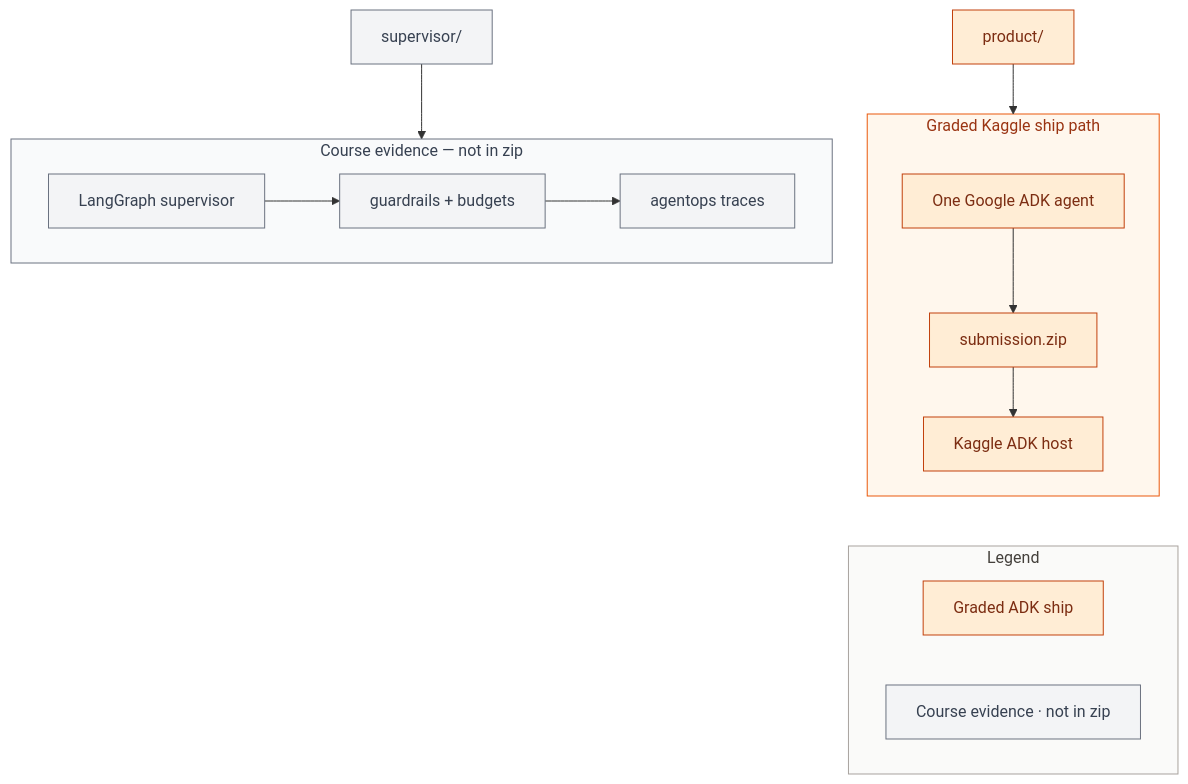
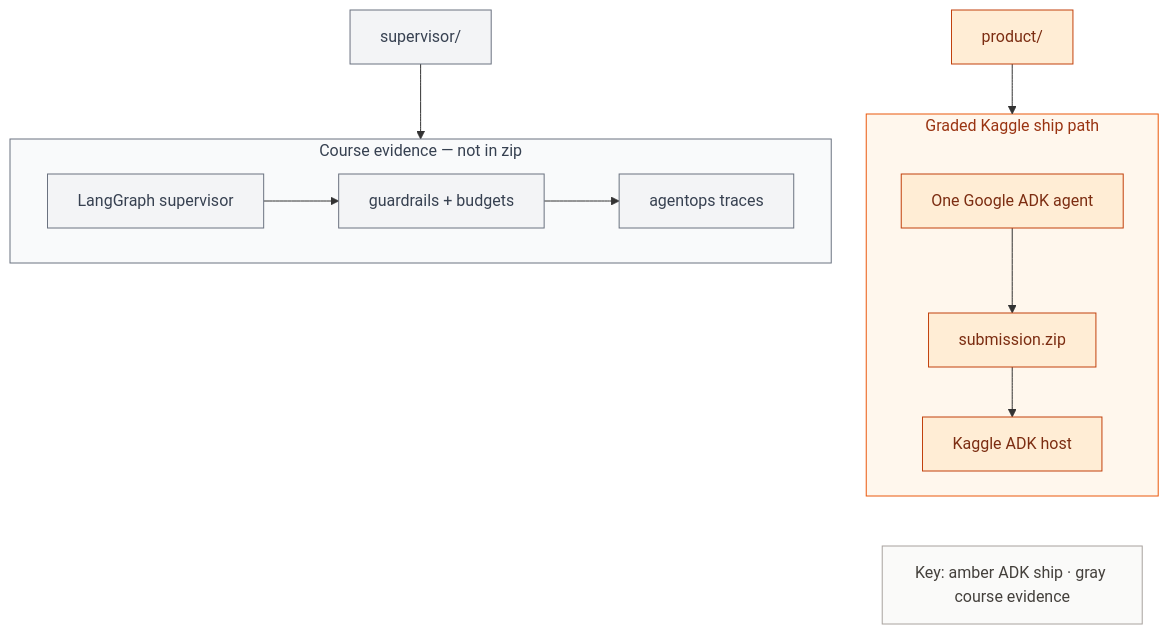
Before and after one commit to khaosans/noisegate-gemma4-factory: the first of 2 diagrams in docs/wiki/Requirements-Compliance.md, drawn with Mermaid. The commit also changed other lines of this file and 4 other files, not shown here.

First line of the commit message:
docs: compact Mermaid legends to single Key lines

````diff
--- a/docs/wiki/Requirements-Compliance.md
+++ b/docs/wiki/Requirements-Compliance.md
@@ -41,32 +41,28 @@
 ```mermaid
 flowchart TB
   subgraph Ship["Graded Kaggle ship path"]
     ADK[One Google ADK agent] --> Zip[submission.zip]
     Zip --> Host[Kaggle ADK host]
   end
 
   subgraph Course["Course evidence — not in zip"]
     LG[LangGraph supervisor]
     GR[guardrails + budgets]
     AO[agentops traces]
     LG --> GR --> AO
   end
 
   ProductCfg[product/] --> Ship
   Supervisor[supervisor/] --> Course
 
-  subgraph Legend["Legend"]
-    direction LR
-    LegP[Graded ADK ship]
-    LegC[Course evidence · not in zip]
-  end
-  Host ~~~ LegP
+  Key["Key: amber ADK ship · gray course evidence"]
+  Host ~~~ Key
 
   classDef product fill:#FFEDD5,stroke:#C2410C,color:#7C2D12
   classDef course fill:#F3F4F6,stroke:#6B7280,color:#374151
-  class ADK,Zip,Host,ProductCfg,LegP product
-  class LG,GR,AO,Supervisor,LegC course
+  class ADK,Zip,Host,ProductCfg product
+  class LG,GR,AO,Supervisor course
   style Ship fill:#FFF7ED,stroke:#EA580C,color:#9A3412
   style Course fill:#F9FAFB,stroke:#6B7280,color:#374151
-  style Legend fill:#FAFAF9,stroke:#A8A29E,color:#44403C
+  style Key fill:#FAFAF9,stroke:#A8A29E,color:#44403C
 ```
````
